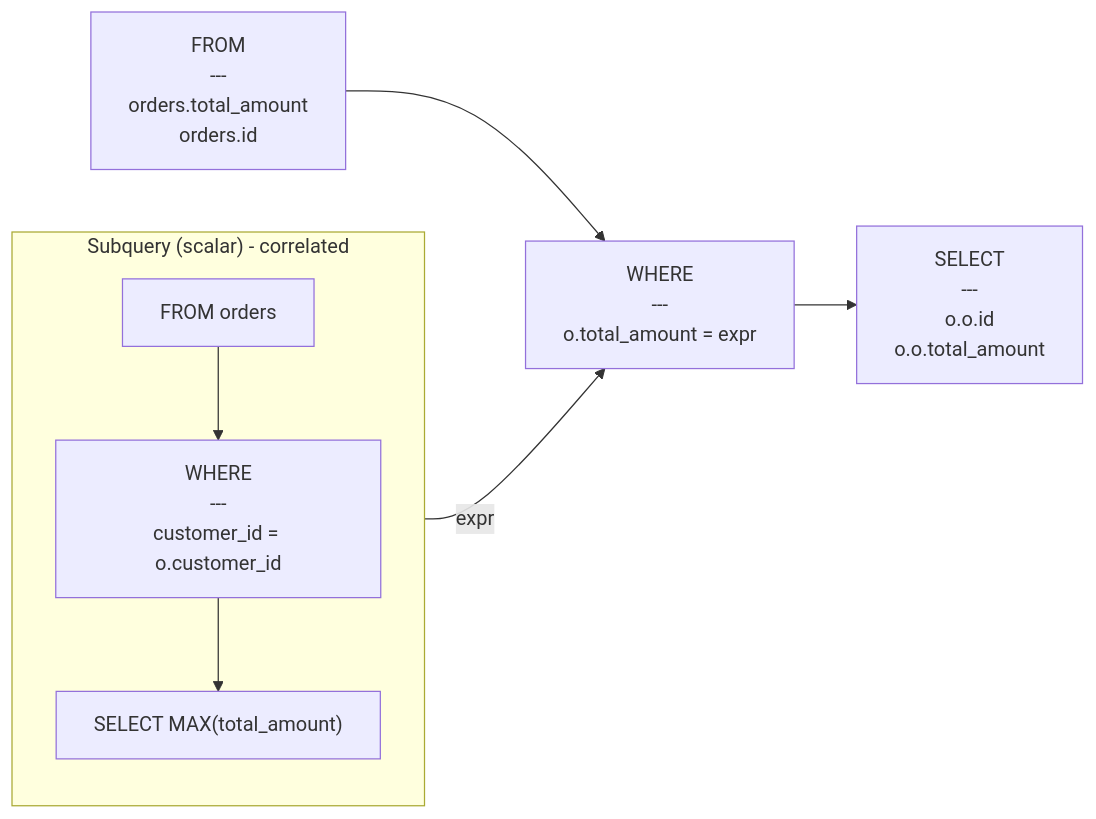
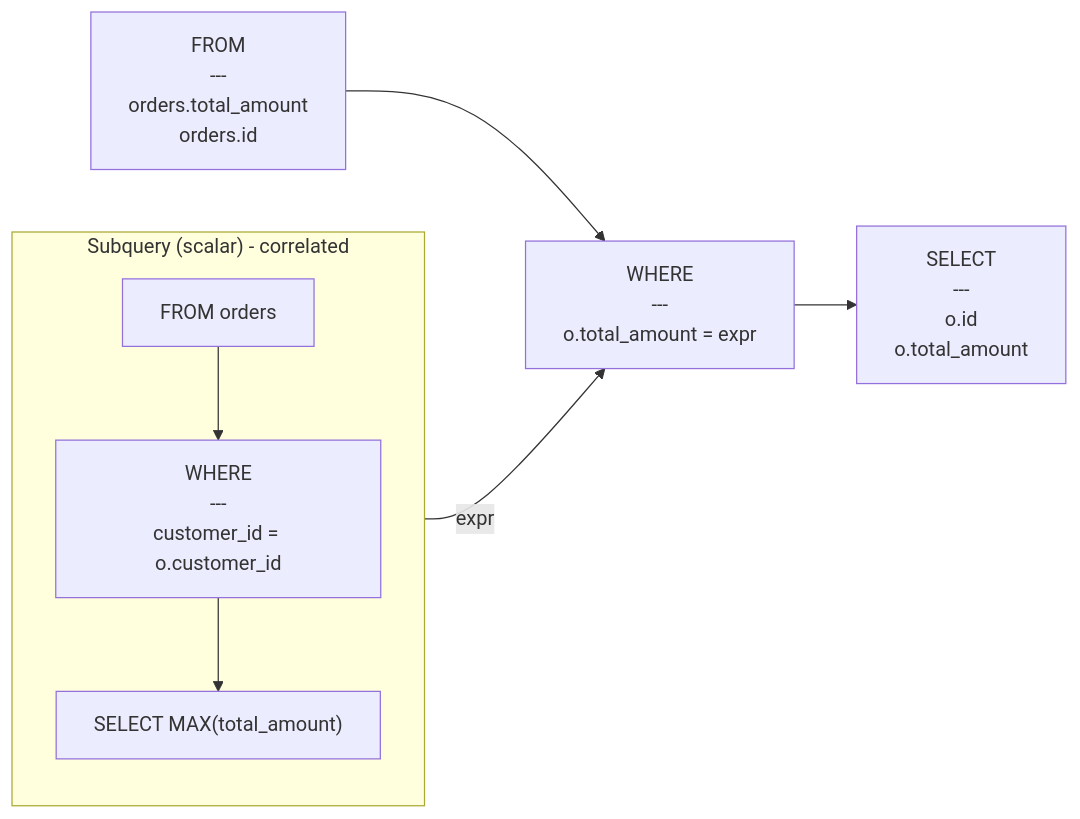
The diagram in examples/subquery_scalar.mmd (rot1024/sqloflow), drawn with Mermaid before and after one commit. The commit also changed 13 other files, not shown here.

```diff
--- a/examples/subquery_scalar.mmd
+++ b/examples/subquery_scalar.mmd
@@ -1,15 +1,15 @@
 flowchart LR
     node_0["FROM<br/>---<br/>orders.total_amount<br/>orders.id"]
     node_1["WHERE<br/>---<br/>o.total_amount = expr"]
     subgraph subquery_node_2 ["Subquery (scalar) - correlated"]
         direction TB
         subq_0_node_0[FROM orders]
         subq_0_node_1["WHERE<br/>---<br/>customer_id = o.customer_id"]
         subq_0_node_2["SELECT MAX(total_amount)"]
         subq_0_node_0 --> subq_0_node_1
         subq_0_node_1 --> subq_0_node_2
     end
     subq_0_node_2 -->|expr| node_1
-    node_3["SELECT<br/>---<br/>o.o.id<br/>o.o.total_amount"]
+    node_3["SELECT<br/>---<br/>o.id<br/>o.total_amount"]
     node_0 --> node_1
     node_1 --> node_3
```
